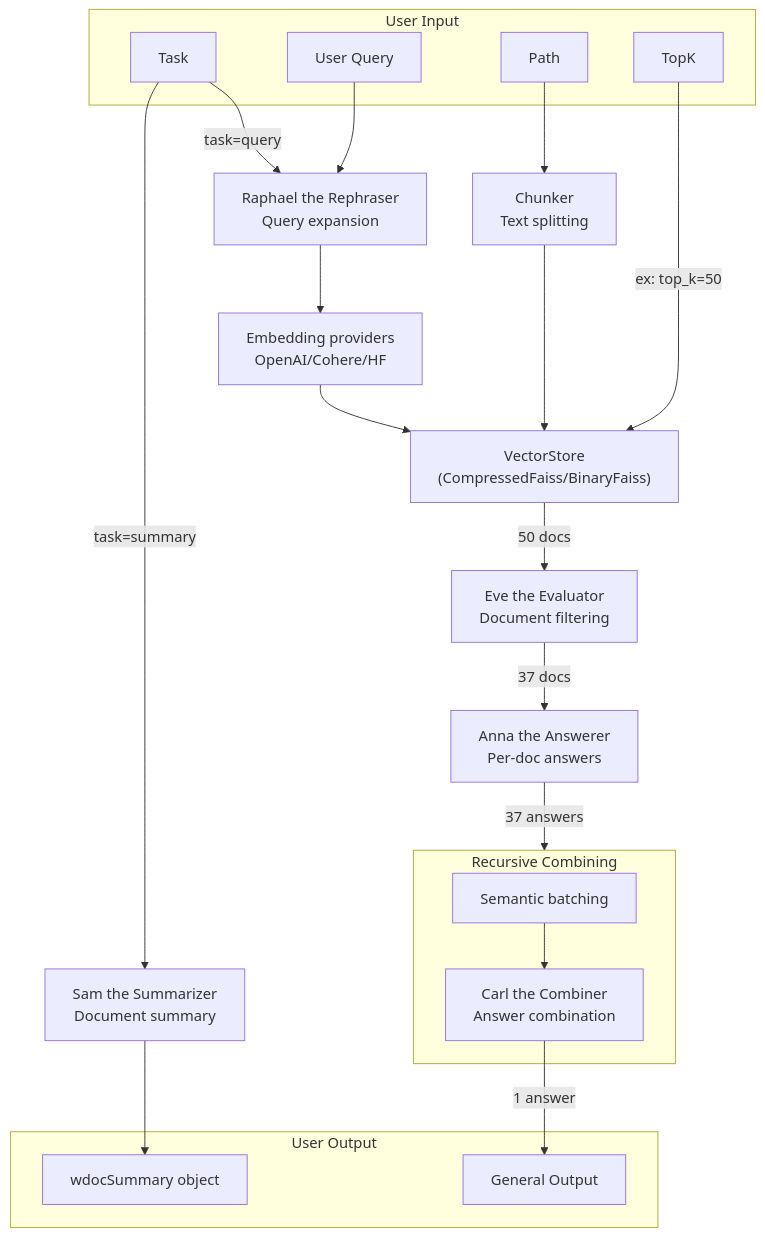
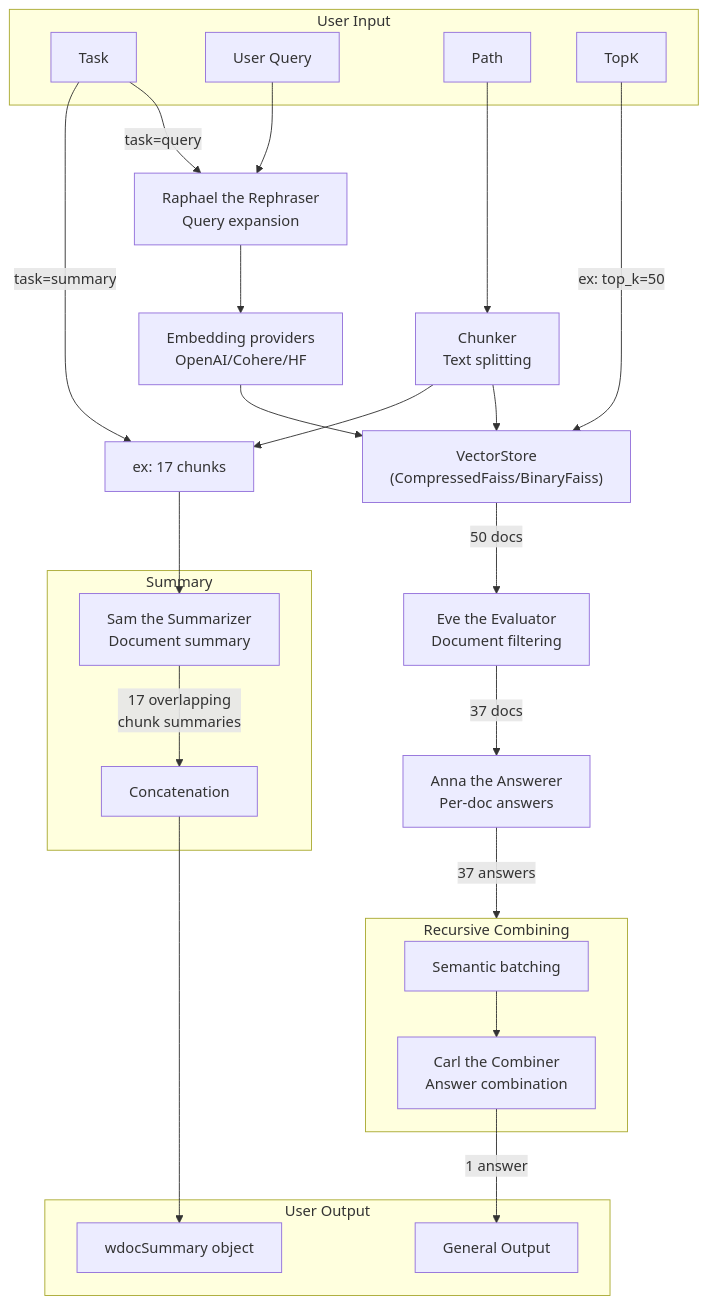
Before and after one commit to thiswillbeyourgithub/wdoc: the diagram in images/diagram.mmd, drawn with Mermaid.

Commit message:
feat: add chunk example flow and summary concatenation to diagram

```diff
--- a/images/diagram.mmd
+++ b/images/diagram.mmd
@@ -1,47 +1,55 @@
 flowchart TD
     subgraph UserInput["User Input"]
         Task["Task"]
         UserQuery["User Query"]
         Path["Path"]
         TopK["TopK"]
     end
 
     Embeddings["Embedding providers<br/>OpenAI/Cohere/HF"]
     VectorStore["VectorStore<br/>(CompressedFaiss/BinaryFaiss)"]
 
     Embeddings --> VectorStore
 
     Chunker["Chunker<br/>Text splitting"]
+    ChunkExample["ex: 17 chunks"]
     Raphael["Raphael the Rephraser<br/>Query expansion"]
-    Sam["Sam the Summarizer<br/>Document summary"]
     Eve["Eve the Evaluator<br/>Document filtering"]
     Anna["Anna the Answerer<br/>Per-doc answers"]
 
     Path --> Chunker
     Chunker --> VectorStore
+    Chunker --> ChunkExample
     TopK -->|ex: top_k=50| VectorStore
     UserQuery --> Raphael
     Raphael --> Embeddings
     
     VectorStore -->|50 docs| Eve
     
     Eve -->|37 docs| Anna
     
     subgraph RecursiveCombining["Recursive Combining"]
         SemanticBatching["Semantic batching"]
         Carl["Carl the Combiner<br/>Answer combination"]
         SemanticBatching --> Carl
     end
     
     Anna -->|37 answers| RecursiveCombining
 
+    subgraph Summary["Summary"]
+        Sam["Sam the Summarizer<br/>Document summary"]
+        Concatenation["Concatenation"]
+        Sam -->|17 overlapping<br/>chunk summaries| Concatenation
+    end
+
     subgraph UserOutput["User Output"]
         Output["General Output"]
         SummaryOutput["wdocSummary object"]
     end
     
     Carl -->|1 answer| Output
     
     Task -->|task=query| Raphael
-    Task -->|task=summary| Sam
-    Sam --> SummaryOutput
+    Task -->|task=summary| ChunkExample
+    ChunkExample --> Sam
+    Concatenation --> SummaryOutput
```
